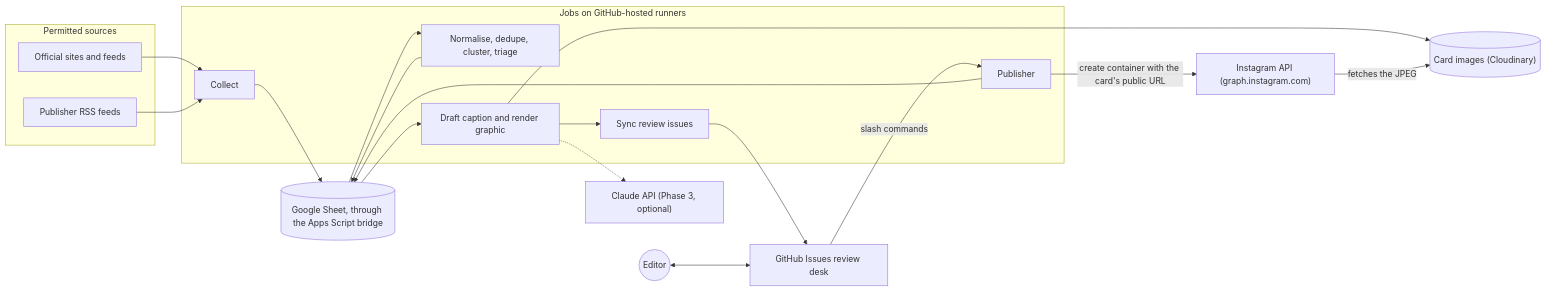
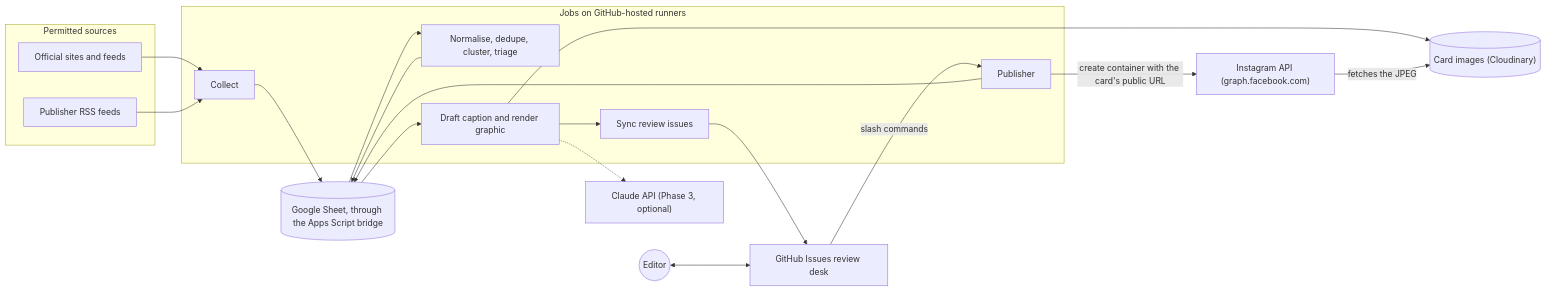
One commit to kailash075/local-news-automation changed the first of 2 diagrams in docs/ARCHITECTURE.md. Above: the diagram before and after it, drawn with Mermaid. The commit also changed other lines of this file and 28 other files, not shown here.

````diff
--- a/docs/ARCHITECTURE.md
+++ b/docs/ARCHITECTURE.md
@@ -16,36 +16,36 @@
 ```mermaid
 flowchart LR
   subgraph Sources["Permitted sources"]
     S1["Official sites and feeds"]
     S2["Publisher RSS feeds"]
   end
   ED(("Editor"))
   subgraph Jobs["Jobs on GitHub-hosted runners"]
     C["Collect"]
     P["Normalise, dedupe, cluster, triage"]
     D["Draft caption and render graphic"]
     R["Sync review issues"]
     PUB["Publisher"]
   end
   DB[("Google Sheet, through the Apps Script bridge")]
   OBJ[("Card images (Cloudinary)")]
   GHI["GitHub Issues review desk"]
-  IG["Instagram API (graph.instagram.com)"]
+  IG["Instagram API (graph.facebook.com)"]
   LLM["Claude API (Phase 3, optional)"]
 
   S1 --> C
   S2 --> C
   C --> DB
   DB --> P
   P --> DB
   DB --> D
   D --> OBJ
   D -.-> LLM
   D --> R
   R --> GHI
   ED <--> GHI
   GHI -- "slash commands" --> PUB
   PUB --> DB
   PUB -- "create container with the card's public URL" --> IG
   IG -- "fetches the JPEG" --> OBJ
 ```
````
